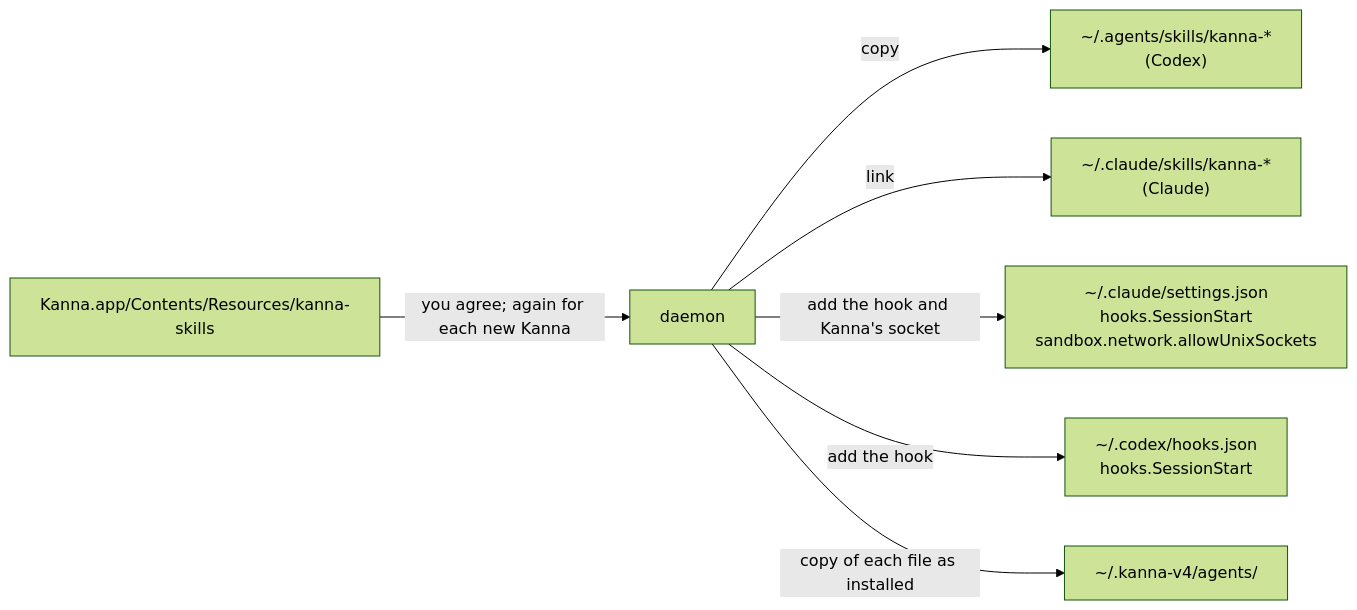
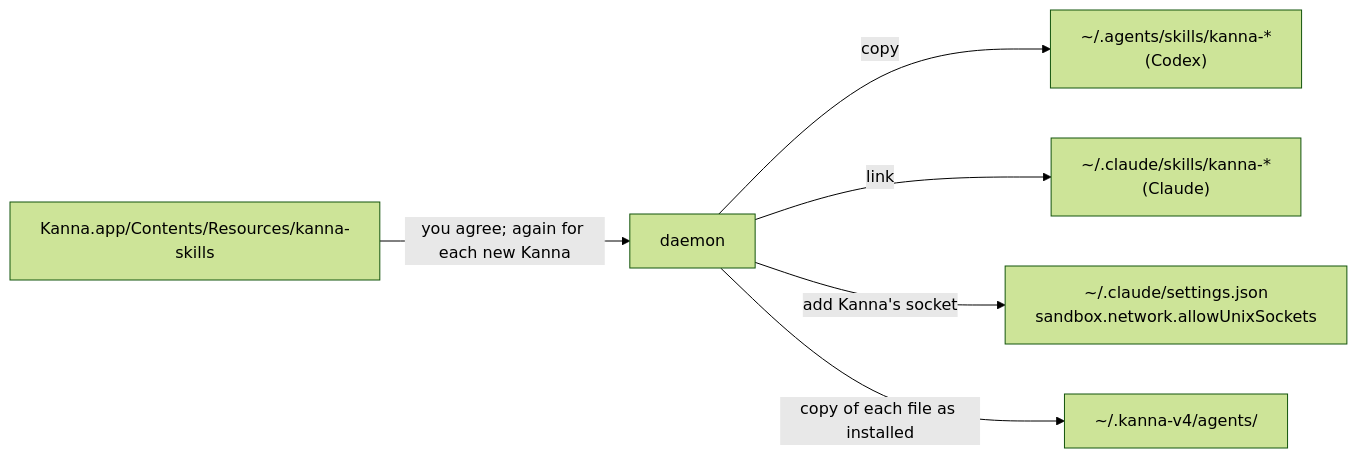
The diagram in docs/specs/agent-setup.md (jemdiggity/kanna-v4), drawn with Mermaid (forest theme) before and after one commit. The commit also changed other lines of this file and 2 other files, not shown here.

````diff
--- a/docs/specs/agent-setup.md
+++ b/docs/specs/agent-setup.md
@@ -20,9 +20,8 @@
 ```mermaid
 flowchart LR
     APP["Kanna.app/Contents/Resources/kanna-skills"] -->|"you agree; again for each new Kanna"| D["daemon"]
     D -->|"copy"| A["~/.agents/skills/kanna-*<br/>(Codex)"]
     D -->|"link"| C["~/.claude/skills/kanna-*<br/>(Claude)"]
-    D -->|"add the hook and Kanna's socket"| S["~/.claude/settings.json<br/>hooks.SessionStart<br/>sandbox.network.allowUnixSockets"]
-    D -->|"add the hook"| X["~/.codex/hooks.json<br/>hooks.SessionStart"]
+    D -->|"add Kanna's socket"| S["~/.claude/settings.json<br/>sandbox.network.allowUnixSockets"]
     D -->|"copy of each file as installed"| R["~/.kanna-v4/agents/"]
 ```
````
